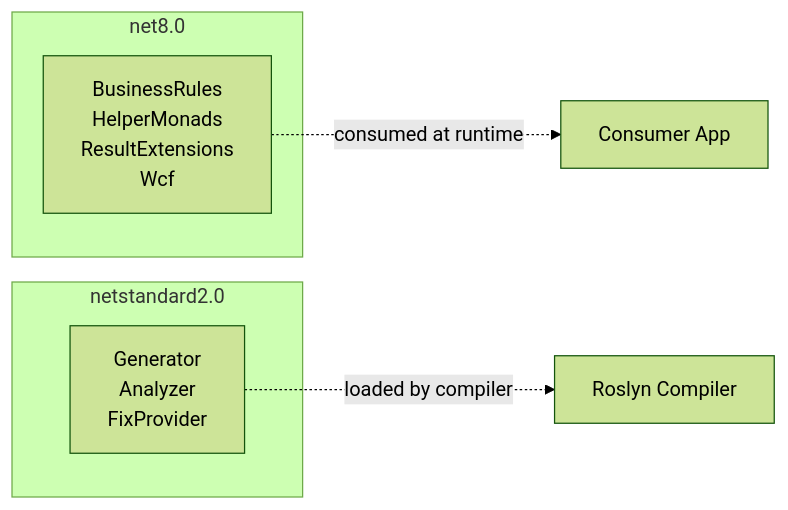
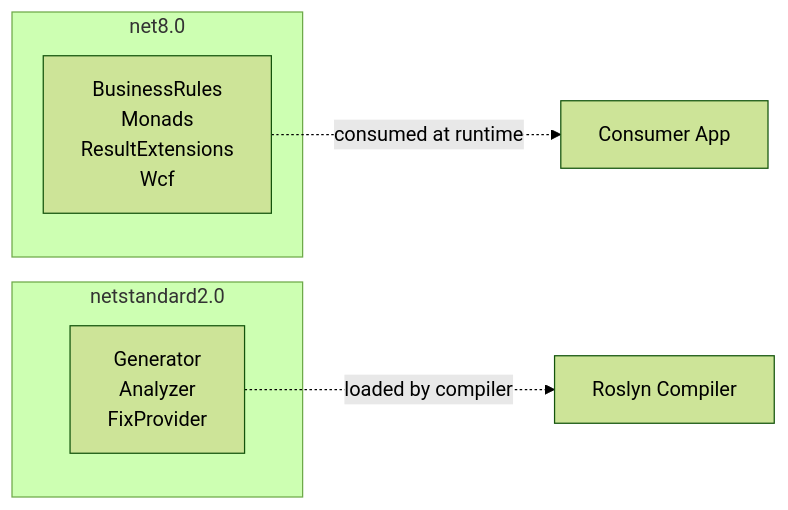
The second of 3 diagrams in docs/architecture/design/package-structure.md (MauroVerberkt/MaVe), drawn with Mermaid (forest theme) before and after one commit. The commit also changed other lines of this file and 198 other files, not shown here.

````diff
--- a/docs/architecture/design/package-structure.md
+++ b/docs/architecture/design/package-structure.md
@@ -115,13 +115,13 @@
 ```mermaid
 graph LR
     subgraph "net8.0"
-        RT[BusinessRules<br/>HelperMonads<br/>ResultExtensions<br/>Wcf]
+        RT[BusinessRules<br/>Monads<br/>ResultExtensions<br/>Wcf]
     end
 
     subgraph "netstandard2.0"
         TL[Generator<br/>Analyzer<br/>FixProvider]
     end
 
     RT -.->|"consumed at runtime"| App[Consumer App]
     TL -.->|"loaded by compiler"| Compiler[Roslyn Compiler]
 ```
````
